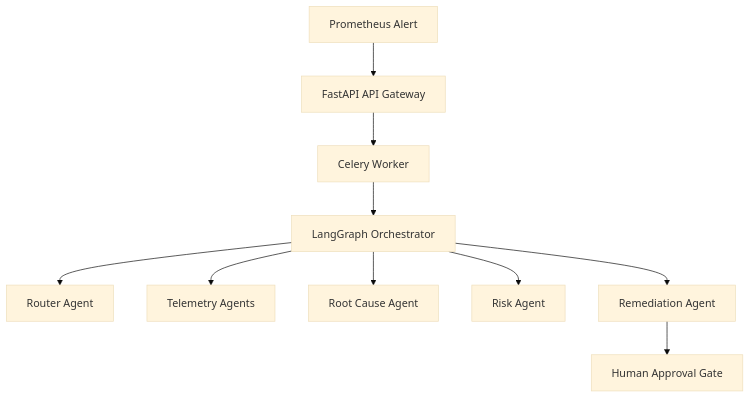
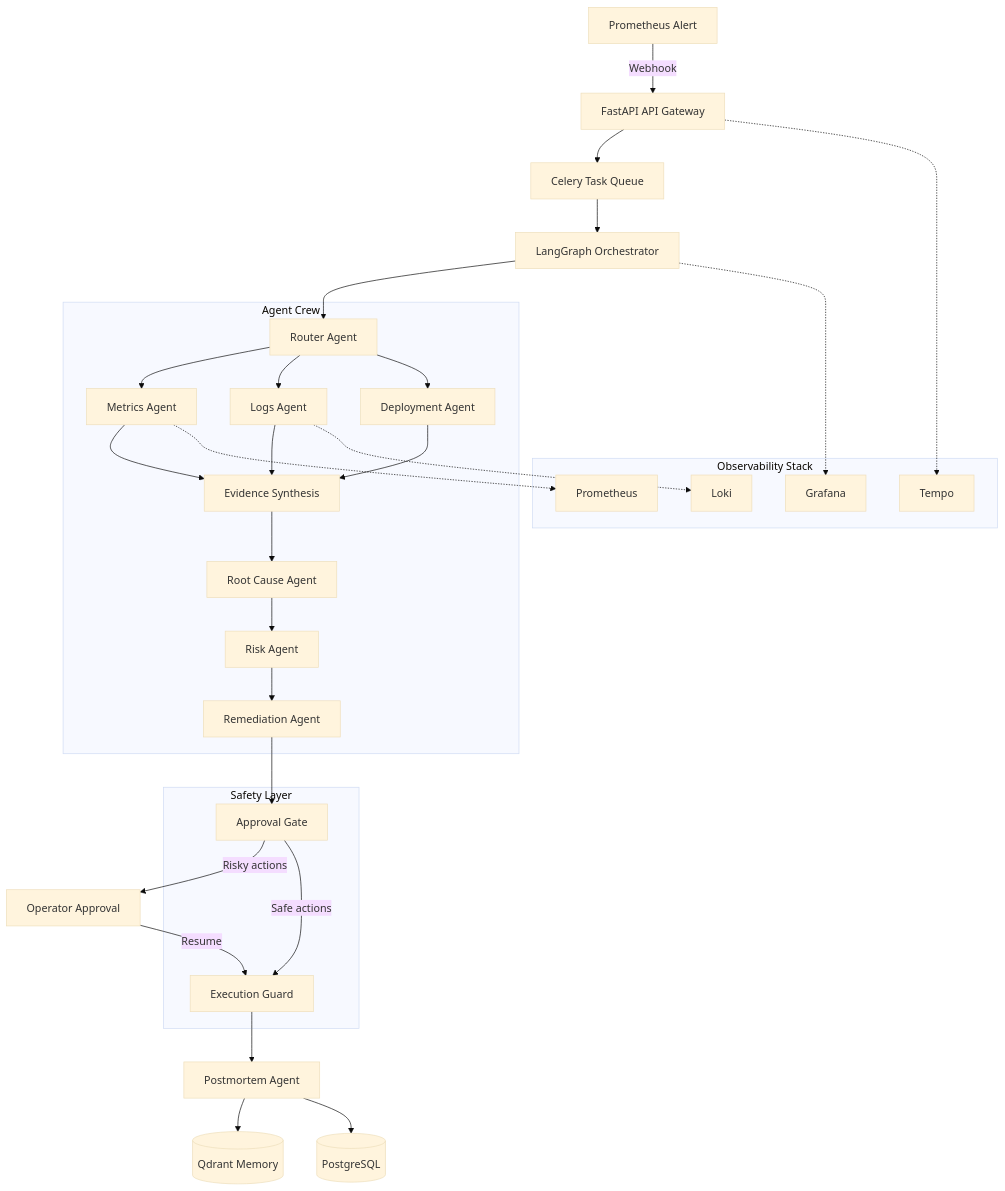
The diagram in README.md (purvanshh/SentinalOps), drawn with Mermaid (base theme) before and after one commit. The commit also changed other lines of this file, not shown here.

````diff
--- a/README.md
+++ b/README.md
@@ -10,12 +76,49 @@
 ```mermaid
 graph TD
-    Alert[Prometheus Alert] --> API[FastAPI API Gateway]
-    API --> Worker[Celery Worker]
-    Worker --> Graph[LangGraph Orchestrator]
-    Graph --> Router[Router Agent]
-    Graph --> Telemetry[Telemetry Agents]
-    Graph --> RootCause[Root Cause Agent]
-    Graph --> Risk[Risk Agent]
-    Graph --> Remediation[Remediation Agent]
-    Remediation --> Approval[Human Approval Gate]
+    Alert[Prometheus Alert] -->|Webhook| API[FastAPI API Gateway]
+    API --> Queue[Celery Task Queue]
+    Queue --> Graph[LangGraph Orchestrator]
+    
+    subgraph AgentCrew[Agent Crew]
+        Router[Router Agent]
+        Metrics[Metrics Agent]
+        Logs[Logs Agent]
+        Deploy[Deployment Agent]
+        EviSynth[Evidence Synthesis]
+        RootCause[Root Cause Agent]
+        Risk[Risk Agent]
+        Remediation[Remediation Agent]
+    end
+    
+    Graph --> Router
+    Router --> Metrics & Logs & Deploy
+    Metrics & Logs & Deploy --> EviSynth
+    EviSynth --> RootCause
+    RootCause --> Risk
+    Risk --> Remediation
+    
+    subgraph Safety[Safety Layer]
+        Approval[Approval Gate]
+        Guard[Execution Guard]
+    end
+    
+    Remediation --> Approval
+    Approval -->|Risky actions| Human[Operator Approval]
+    Human -->|Resume| Guard
+    Approval -->|Safe actions| Guard
+    Guard --> Postmortem[Postmortem Agent]
+    Postmortem --> Memory[(Qdrant Memory)]
+    Postmortem --> DB[(PostgreSQL)]
+    
+    subgraph Observability[Observability Stack]
+        Prom[Prometheus]
+        Graf[Grafana]
+        Loki
+        Tempo
+    end
+    
+    Metrics -.-> Prom
+    Logs -.-> Loki
+    API -.-> Tempo
+    Graph -.-> Graf
 ```
````
